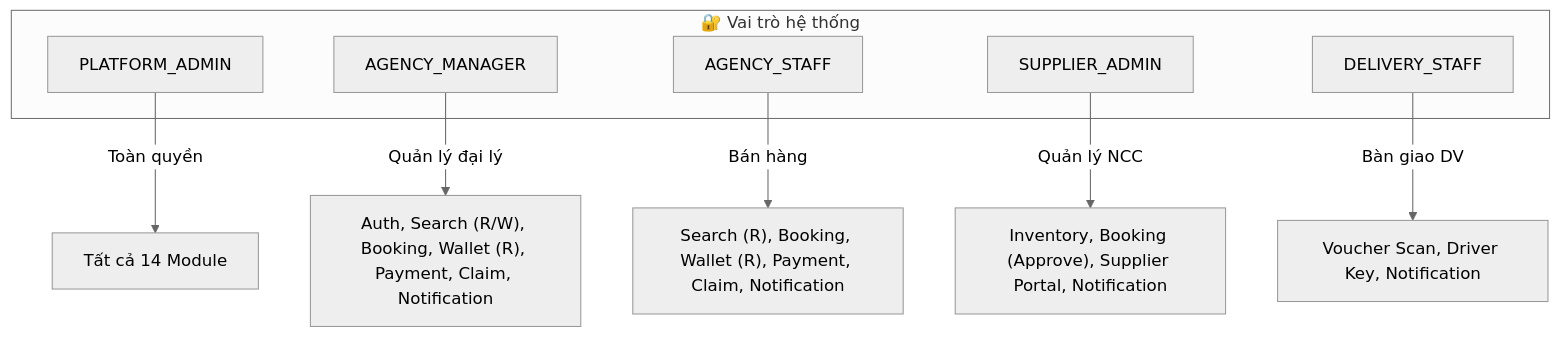
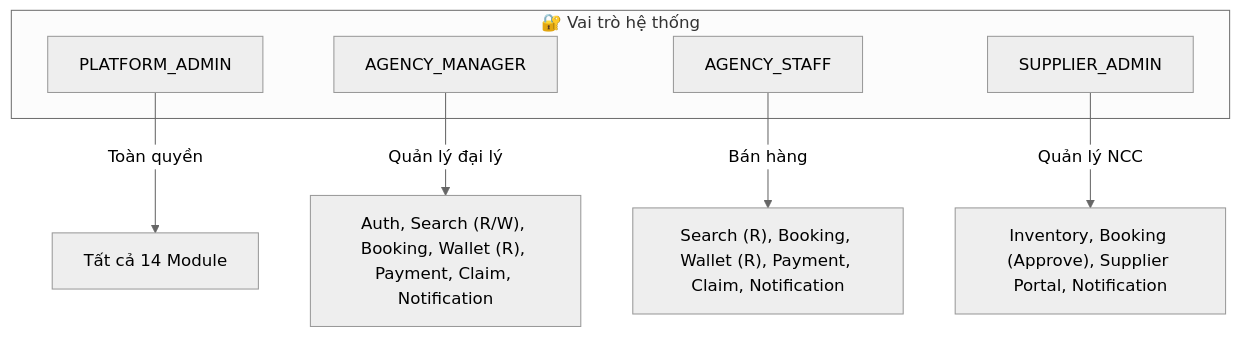
Before and after one commit to thanh-16/B2B_Tour: diagram 24 of 24 in docs/actors.md, drawn with Mermaid (neutral theme). The commit also changed other lines of this file and 1 other file, not shown here.

Commit message:
update: loai bo driver va tich hop doi tac van chuyen ben ngoai

````diff
--- a/docs/actors.md
+++ b/docs/actors.md
@@ -668,16 +654,14 @@
 ```mermaid
 graph TD
     subgraph Roles["🔐 Vai trò hệ thống"]
         R1["PLATFORM_ADMIN"]
         R2["AGENCY_MANAGER"]
         R3["AGENCY_STAFF"]
         R4["SUPPLIER_ADMIN"]
-        R5["DELIVERY_STAFF"]
     end
 
     R1 -->|"Toàn quyền"| ALL["Tất cả 14 Module"]
     R2 -->|"Quản lý đại lý"| AGM["Auth, Search (R/W), Booking, Wallet (R), Payment, Claim, Notification"]
     R3 -->|"Bán hàng"| AGS["Search (R), Booking, Wallet (R), Payment, Claim, Notification"]
     R4 -->|"Quản lý NCC"| SUP["Inventory, Booking (Approve), Supplier Portal, Notification"]
-    R5 -->|"Bàn giao DV"| DRV["Voucher Scan, Driver Key, Notification"]
 ```
````
